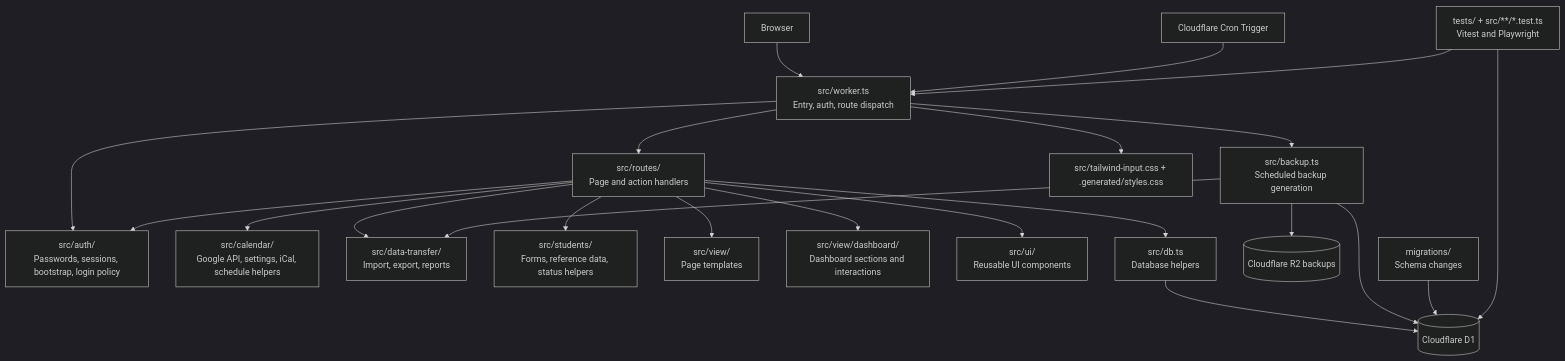
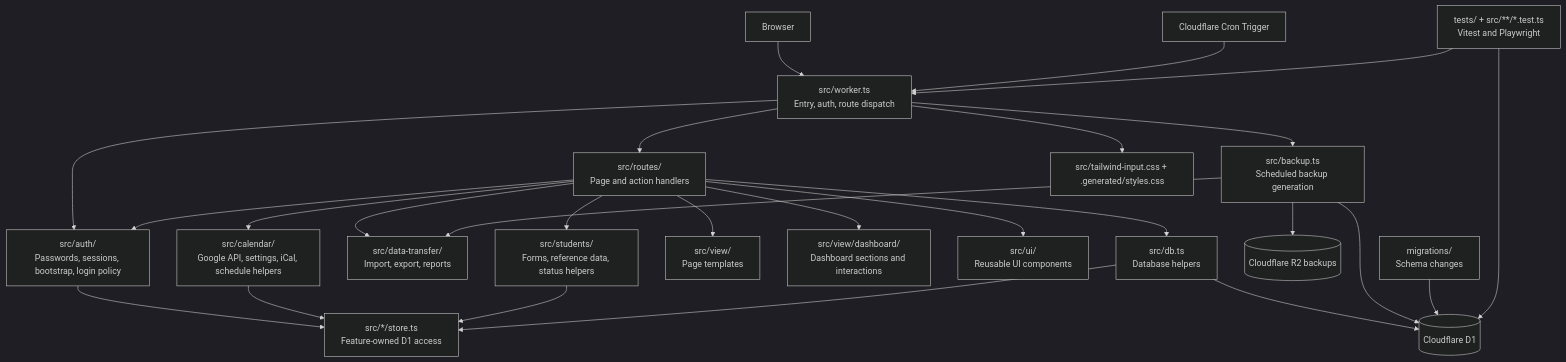
Before and after one commit to bebraw/thesis-journey-tracker: the diagram in docs/project-structure.md, drawn with Mermaid (dark theme). The commit also changed other lines of this file and 15 other files, not shown here.

Commit message:
Split database access by feature

````diff
--- a/docs/project-structure.md
+++ b/docs/project-structure.md
@@ -35,43 +36,48 @@
 ```mermaid
 graph TD
     Browser[Browser]
     Worker[src/worker.ts<br/>Entry, auth, route dispatch]
     Routes[src/routes/<br/>Page and action handlers]
     Auth[src/auth/<br/>Passwords, sessions, bootstrap, login policy]
     Calendar[src/calendar/<br/>Google API, settings, iCal, schedule helpers]
     DataTransfer[src/data-transfer/<br/>Import, export, reports]
     Students[src/students/<br/>Forms, reference data, status helpers]
+    Stores[src/*/store.ts<br/>Feature-owned D1 access]
     Views[src/view/<br/>Page templates]
     Dashboard[src/view/dashboard/<br/>Dashboard sections and interactions]
     UI[src/ui/<br/>Reusable UI components]
     DB[src/db.ts<br/>Database helpers]
     Backup[src/backup.ts<br/>Scheduled backup generation]
     D1[(Cloudflare D1)]
     R2[(Cloudflare R2 backups)]
     Migrations[migrations/<br/>Schema changes]
     Tests[tests/ + src/**/*.test.ts<br/>Vitest and Playwright]
     CSS[src/tailwind-input.css + .generated/styles.css]
     Cron[Cloudflare Cron Trigger]
 
     Browser --> Worker
     Worker --> Routes
     Worker --> Auth
     Routes --> Views
     Routes --> Dashboard
     Routes --> UI
     Routes --> DB
     Routes --> Auth
     Routes --> Calendar
     Routes --> DataTransfer
     Routes --> Students
+    Auth --> Stores
+    Calendar --> Stores
+    Students --> Stores
+    DB --> Stores
     Worker --> Backup
     Worker --> CSS
     DB --> D1
     Cron --> Worker
     Backup --> D1
     Backup --> R2
     Backup --> DataTransfer
     Migrations --> D1
     Tests --> Worker
     Tests --> D1
 ```
````
